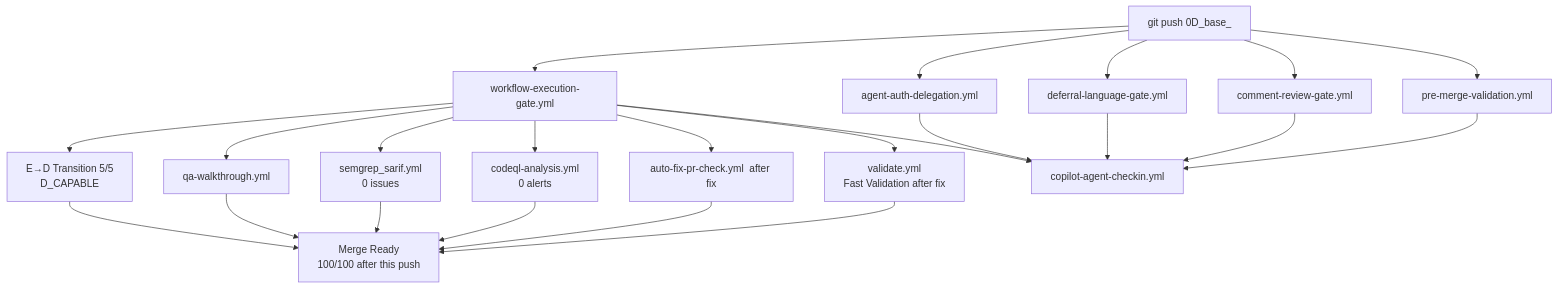
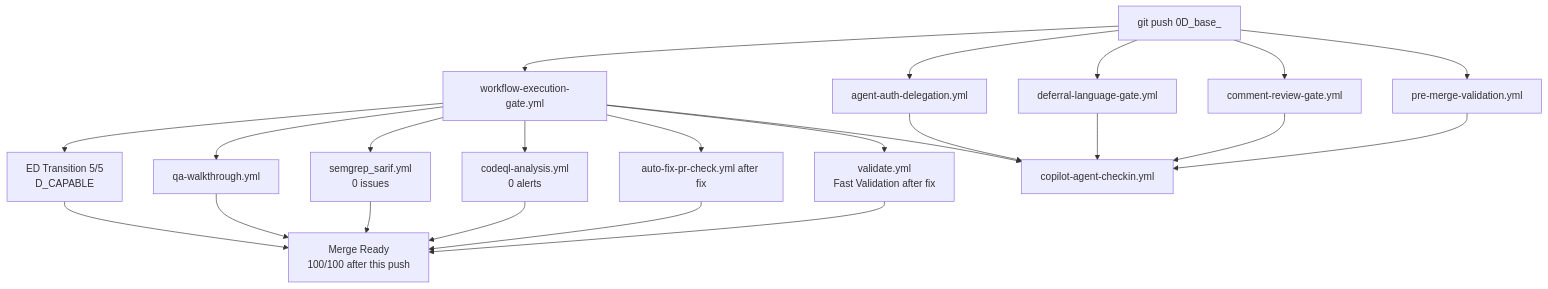
The eighth of 26 diagrams in docs/sessions/PR4317_session_diagram.md (Aries-Serpent/_codex_), drawn with Mermaid before and after one commit. The commit also changed other lines of this file and 4117 other files, not shown here.

````diff
--- a/docs/sessions/PR4317_session_diagram.md
+++ b/docs/sessions/PR4317_session_diagram.md
@@ -235,19 +272,31 @@
 ```mermaid
 %%{init: {'accessibility': {'title': 'Flowchart showing "git push 0D_base_", "pre-merge-validation.yml "'}}%%
+
 flowchart TD
-    PUSH["git push 0D_base_"] --> PRE["pre-merge-validation.yml "]
-    PUSH --> COMMENT["comment-review-gate.yml "]
-    PUSH --> DEFERRAL["deferral-language-gate.yml "]
-    PUSH --> AUTH["agent-auth-delegation.yml "]
-    PUSH --> WEC["workflow-execution-gate.yml "]
 
-    WEC --> VALIDATE["validate.yml\nFast Validation  after fix"]
-    WEC --> AUTOFIX["auto-fix-pr-check.yml  after fix"]
-    WEC --> CODEQL["codeql-analysis.yml\n0 alerts "]
-    WEC --> SEMGREP["semgrep_sarif.yml\n0 issues "]
-    WEC --> QA["qa-walkthrough.yml "]
-    WEC --> ETOD["E→D Transition 5/5 \nD_CAPABLE "]
+ PUSH["git push 0D_base_"] --> PRE["pre-merge-validation.yml "]
 
-    PRE & COMMENT & DEFERRAL & AUTH & WEC --> CHECKIN["copilot-agent-checkin.yml "]
-    VALIDATE & AUTOFIX & CODEQL & SEMGREP & QA & ETOD --> READY[" Merge Ready\n100/100 after this push"]
+ PUSH --> COMMENT["comment-review-gate.yml "]
+
+ PUSH --> DEFERRAL["deferral-language-gate.yml "]
+
+ PUSH --> AUTH["agent-auth-delegation.yml "]
+
+ PUSH --> WEC["workflow-execution-gate.yml "]
+
+ WEC --> VALIDATE["validate.yml\nFast Validation after fix"]
+
+ WEC --> AUTOFIX["auto-fix-pr-check.yml after fix"]
+
+ WEC --> CODEQL["codeql-analysis.yml\n0 alerts "]
+
+ WEC --> SEMGREP["semgrep_sarif.yml\n0 issues "]
+
+ WEC --> QA["qa-walkthrough.yml "]
+
+ WEC --> ETOD["ED Transition 5/5 \nD_CAPABLE "]
+
+ PRE & COMMENT & DEFERRAL & AUTH & WEC --> CHECKIN["copilot-agent-checkin.yml "]
+
+ VALIDATE & AUTOFIX & CODEQL & SEMGREP & QA & ETOD --> READY[" Merge Ready\n100/100 after this push"]
 ```
````
